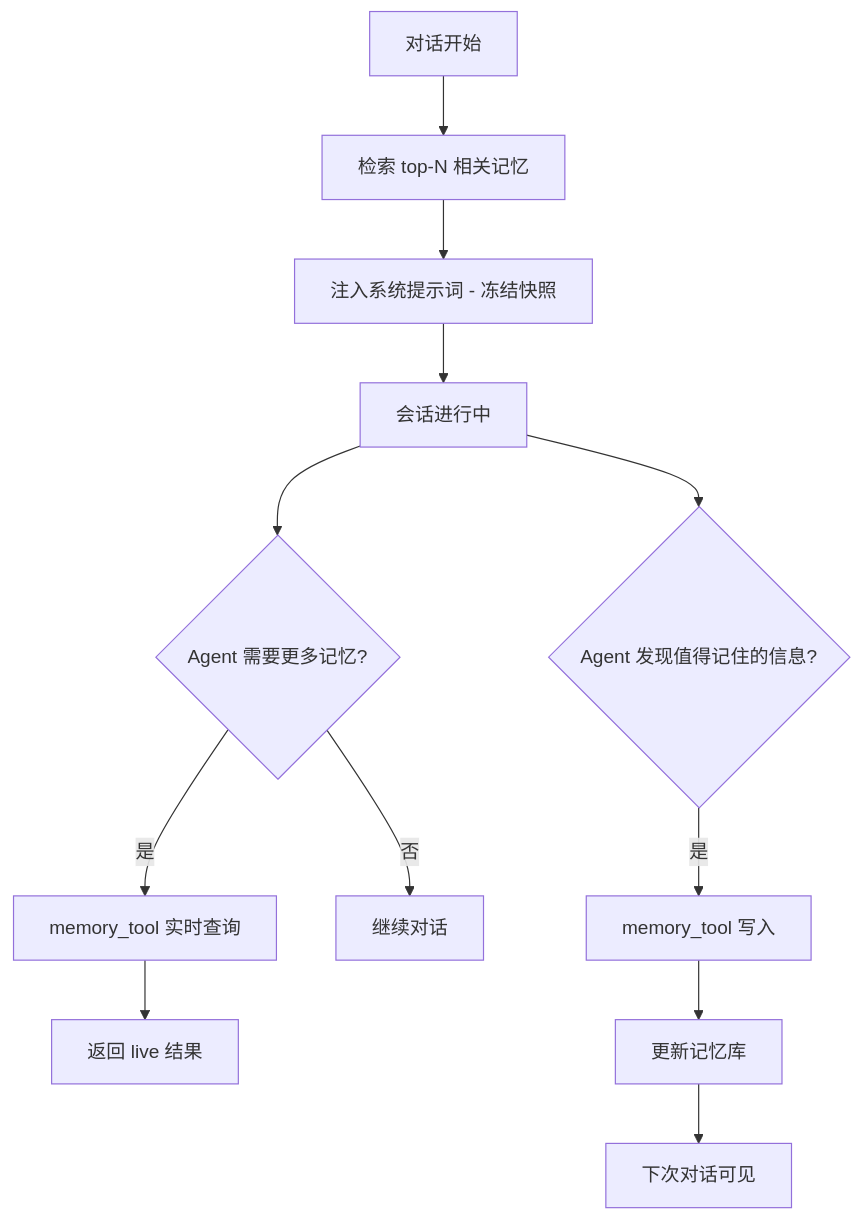
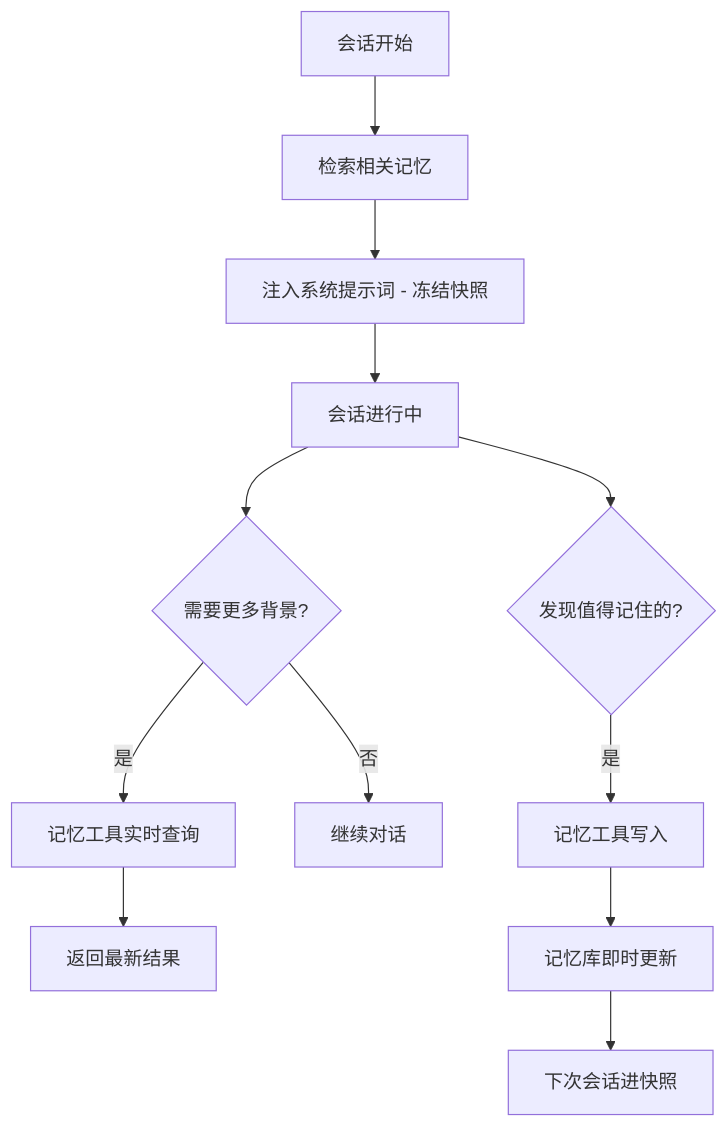
Before and after one commit to MKEy777/agent: the first of 4 diagrams in docs/hermes-agent/06-memory.md, drawn with Mermaid. The commit also changed other lines of this file and 114 other files, not shown here.

First line of the commit message:
Add comprehensive documentation for Agent architecture and protocols

````diff
--- a/docs/hermes-agent/06-memory.md
+++ b/docs/hermes-agent/06-memory.md
@@ -28,14 +29,14 @@
 ```mermaid
 graph TB
-    A[对话开始] --> B[检索 top-N 相关记忆]
+    A[会话开始] --> B[检索相关记忆]
     B --> C[注入系统提示词 - 冻结快照]
     C --> D[会话进行中]
-    D --> E{Agent 需要更多记忆?}
-    E -->|是| F[memory_tool 实时查询]
-    F --> G[返回 live 结果]
+    D --> E{需要更多背景?}
+    E -->|是| F[记忆工具实时查询]
+    F --> G[返回最新结果]
     E -->|否| H[继续对话]
-    D --> I{Agent 发现值得记住的信息?}
-    I -->|是| J[memory_tool 写入]
-    J --> K[更新记忆库]
-    K --> L[下次对话可见]
+    D --> I{发现值得记住的?}
+    I -->|是| J[记忆工具写入]
+    J --> K[记忆库即时更新]
+    K --> L[下次会话进快照]
 ```
````
